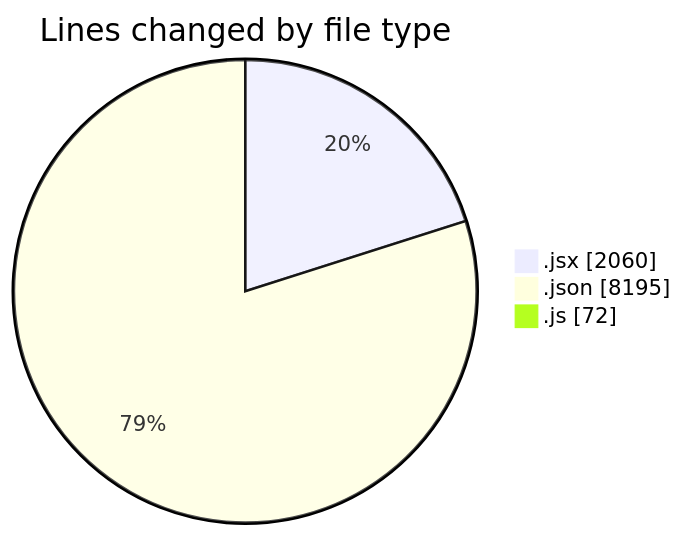
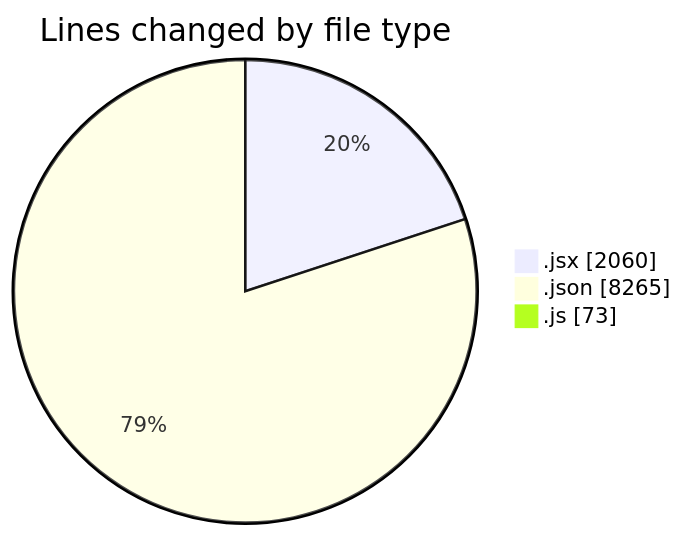
One commit to nxtqubesakshisongat/code-tracking changed the first of 2 diagrams in 2025-12-23/nxtqube_webapp/README.md. Above: the diagram before and after it, drawn with Mermaid. The commit also changed other lines of this file and 1 other file, not shown here.

````diff
--- a/2025-12-23/nxtqube_webapp/README.md
+++ b/2025-12-23/nxtqube_webapp/README.md
@@ -23,7 +24,7 @@
 ```mermaid
 pie showData
 title Lines changed by file type
 ".jsx" : 2060
-".json" : 8195
-".js" : 72
+".json" : 8265
+".js" : 73
 ```
````
